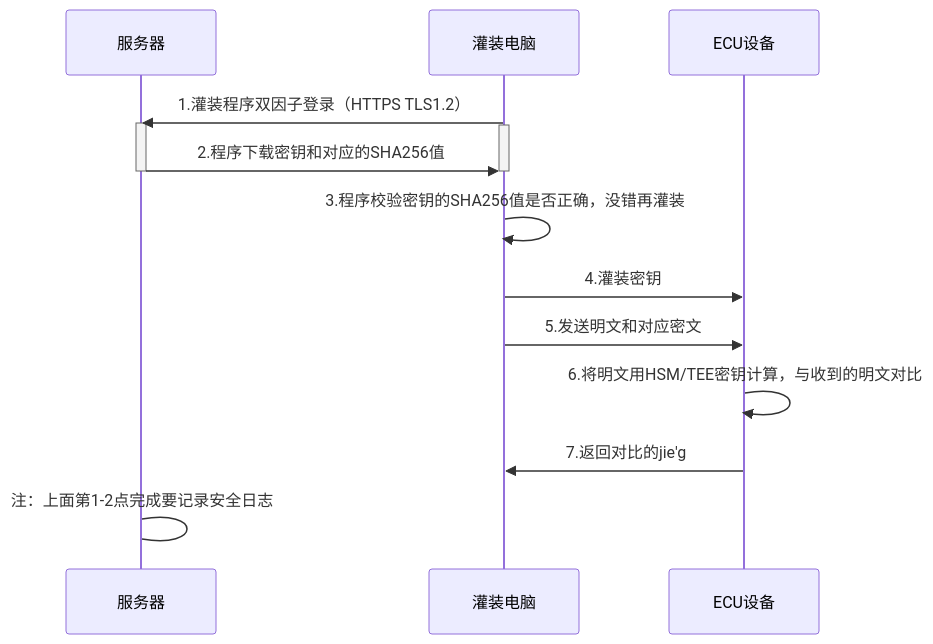
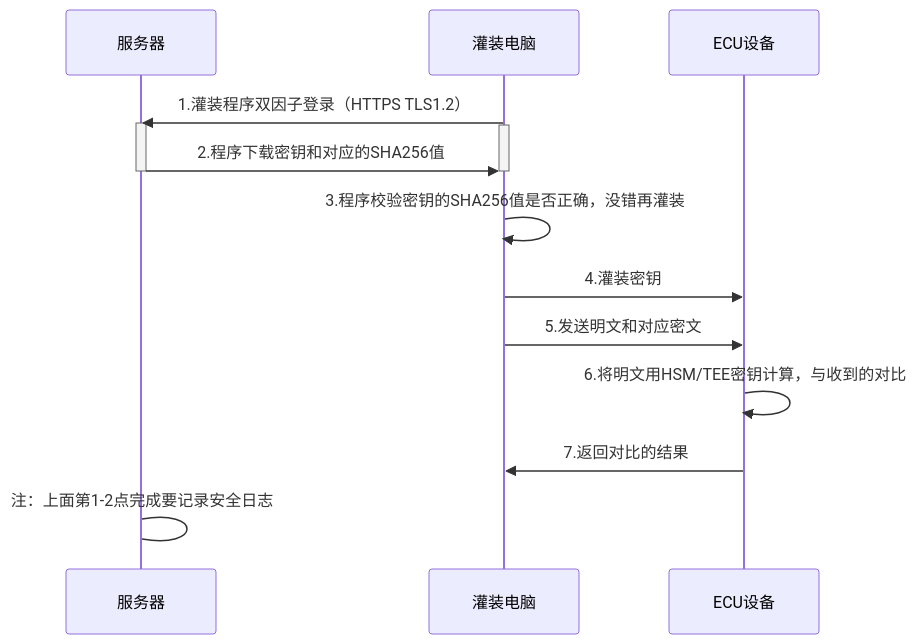
The diagram in all/未命名-25.md (facebook-cloud/iodraw-files), drawn with Mermaid before and after one commit.

Commit message:
2026-04-21 15:24:42 update

````diff
--- a/all/未命名-25.md
+++ b/all/未命名-25.md
@@ -1,24 +1,24 @@
 ```mermaid
 sequenceDiagram
   
     participant B as 服务器
     participant D as 灌装电脑
     participant E as ECU设备
 
     D->>B: 1.灌装程序双因子登录（HTTPS TLS1.2）
     activate B
     activate D
 
     B->>D: 2.程序下载密钥和对应的SHA256值 
 
     deactivate B
     deactivate D
     
     D->>D: 3.程序校验密钥的SHA256值是否正确，没错再灌装
     D->>E: 4.灌装密钥
     D->>E: 5.发送明文和对应密文
-    E->>E: 6.将明文用HSM/TEE密钥计算，与收到的明文对比
-    E->>D: 7.返回对比的jie'g
+    E->>E: 6.将明文用HSM/TEE密钥计算，与收到的对比
+    E->>D: 7.返回对比的结果
 
     B->B: 注：上面第1-2点完成要记录安全日志
 ```
````
